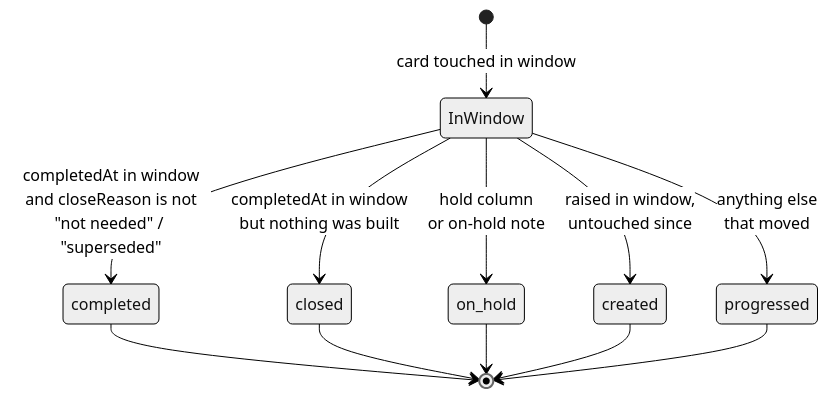
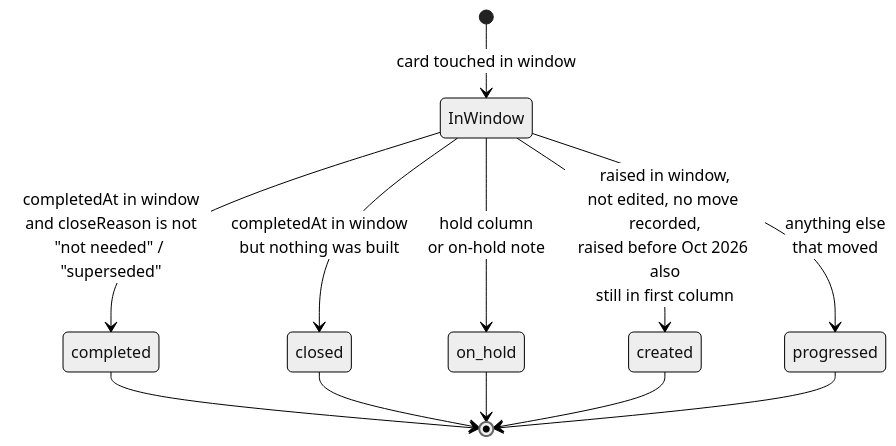
The second of 5 diagrams in docs/management-reporting.md (gitBoon/DumpFire), drawn with Mermaid (neutral theme) before and after one commit. The commit also changed other lines of this file and 7 other files, not shown here.

````diff
--- a/docs/management-reporting.md
+++ b/docs/management-reporting.md
@@ -102,14 +105,14 @@
 ```mermaid
 stateDiagram-v2
     [*] --> InWindow: card touched in window
     InWindow --> completed: completedAt in window<br/>and closeReason is not<br/>"not needed" / "superseded"
     InWindow --> closed: completedAt in window<br/>but nothing was built
     InWindow --> on_hold: hold column<br/>or on-hold note
-    InWindow --> created: raised in window,<br/>untouched since
+    InWindow --> created: raised in window,<br/>not edited, no move recorded,<br/>raised before Oct 2026 also<br/>still in first column
     InWindow --> progressed: anything else<br/>that moved
     completed --> [*]
     closed --> [*]
     on_hold --> [*]
     created --> [*]
     progressed --> [*]
 ```
````
